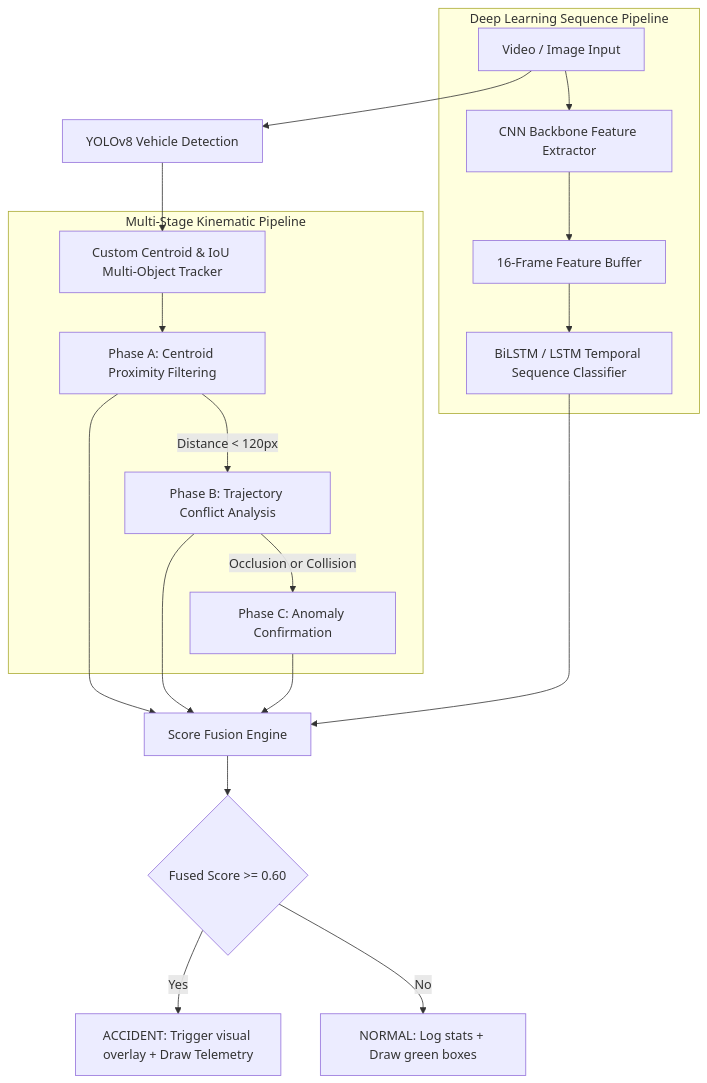
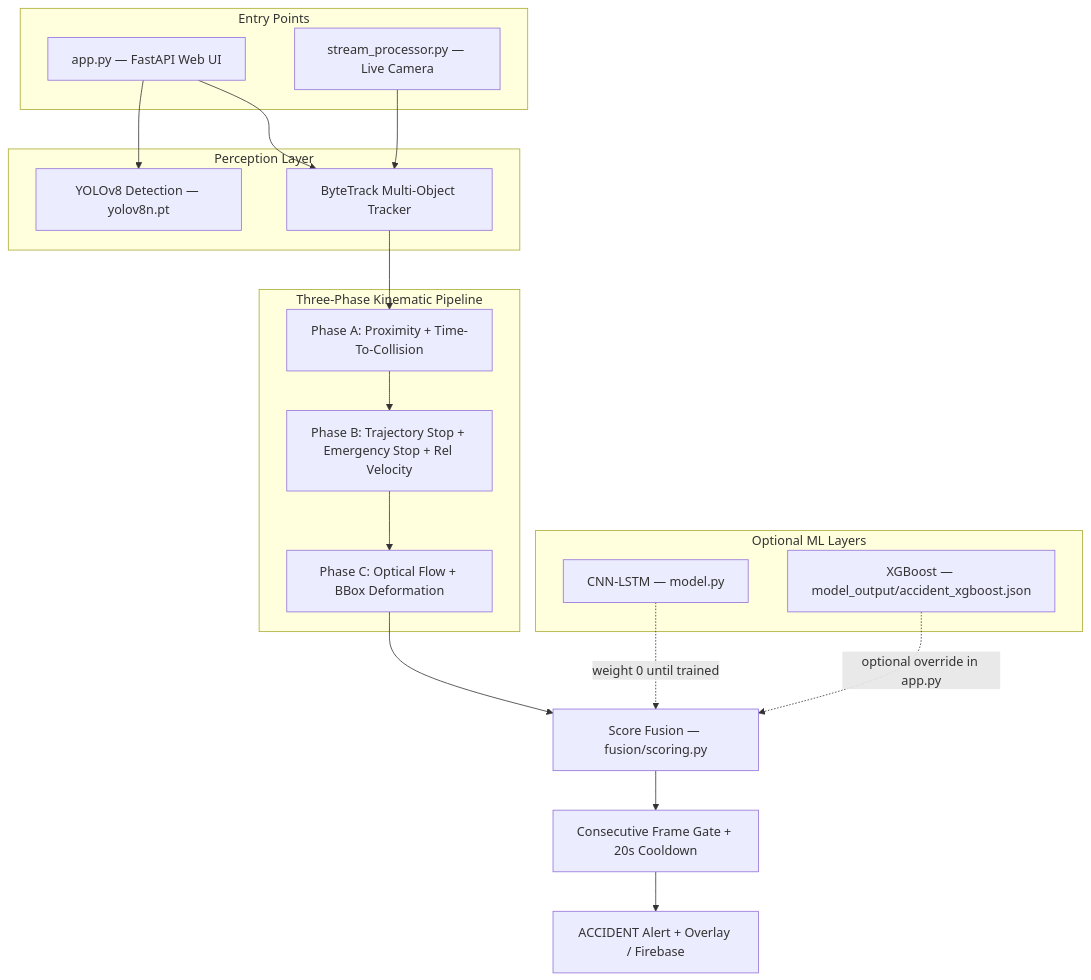
The diagram in tech_Des.md (max-mani/Uyir_Project_AI_Model), drawn with Mermaid before and after one commit. The commit also changed other lines of this file and 27 other files, not shown here.

````diff
--- a/tech_Des.md
+++ b/tech_Des.md
@@ -11,26 +20,35 @@
 ```mermaid
 graph TD
-    Input[Video / Image Input] --> YOLO[YOLOv8 Vehicle Detection]
-    YOLO --> Tracker[Custom Centroid & IoU Multi-Object Tracker]
-    
-    subgraph Multi-Stage Kinematic Pipeline
-        Tracker --> PhaseA[Phase A: Centroid Proximity Filtering]
-        PhaseA -->|Distance < 120px| PhaseB[Phase B: Trajectory Conflict Analysis]
-        PhaseB -->|Occlusion or Collision| PhaseC[Phase C: Anomaly Confirmation]
+    subgraph entry [Entry Points]
+        Web[app.py — FastAPI Web UI]
+        Stream[stream_processor.py — Live Camera]
     end
 
-    subgraph Deep Learning Sequence Pipeline
-        Input --> CNN[CNN Backbone Feature Extractor]
-        CNN --> RollingQueue[16-Frame Feature Buffer]
-        RollingQueue --> LSTM[BiLSTM / LSTM Temporal Sequence Classifier]
+    subgraph perception [Perception Layer]
+        YOLO[YOLOv8 Detection — yolov8n.pt]
+        BT[ByteTrack Multi-Object Tracker]
     end
 
-    PhaseA --> Fusion[Score Fusion Engine]
-    PhaseB --> Fusion
-    PhaseC --> Fusion
-    LSTM --> Fusion
+    subgraph phases [Three-Phase Kinematic Pipeline]
+        PhaseA[Phase A: Proximity + Time-To-Collision]
+        PhaseB[Phase B: Trajectory Stop + Emergency Stop + Rel Velocity]
+        PhaseC[Phase C: Optical Flow + BBox Deformation]
+    end
 
-    Fusion --> Decision{Fused Score >= 0.60}
-    Decision -->|Yes| Accident[ACCIDENT: Trigger visual overlay + Draw Telemetry]
-    Decision -->|No| Normal[NORMAL: Log stats + Draw green boxes]
+    subgraph ml [Optional ML Layers]
+        LSTM[CNN-LSTM — model.py]
+        XGB[XGBoost — model_output/accident_xgboost.json]
+    end
+
+    Fusion[Score Fusion — fusion/scoring.py]
+    Gates[Consecutive Frame Gate + 20s Cooldown]
+
+    Web --> YOLO
+    Web --> BT
+    Stream --> BT
+    BT --> PhaseA --> PhaseB --> PhaseC --> Fusion
+    LSTM -.->|weight 0 until trained| Fusion
+    XGB -.->|optional override in app.py| Fusion
+    Fusion --> Gates
+    Gates --> Alert[ACCIDENT Alert + Overlay / Firebase]
 ```
````
